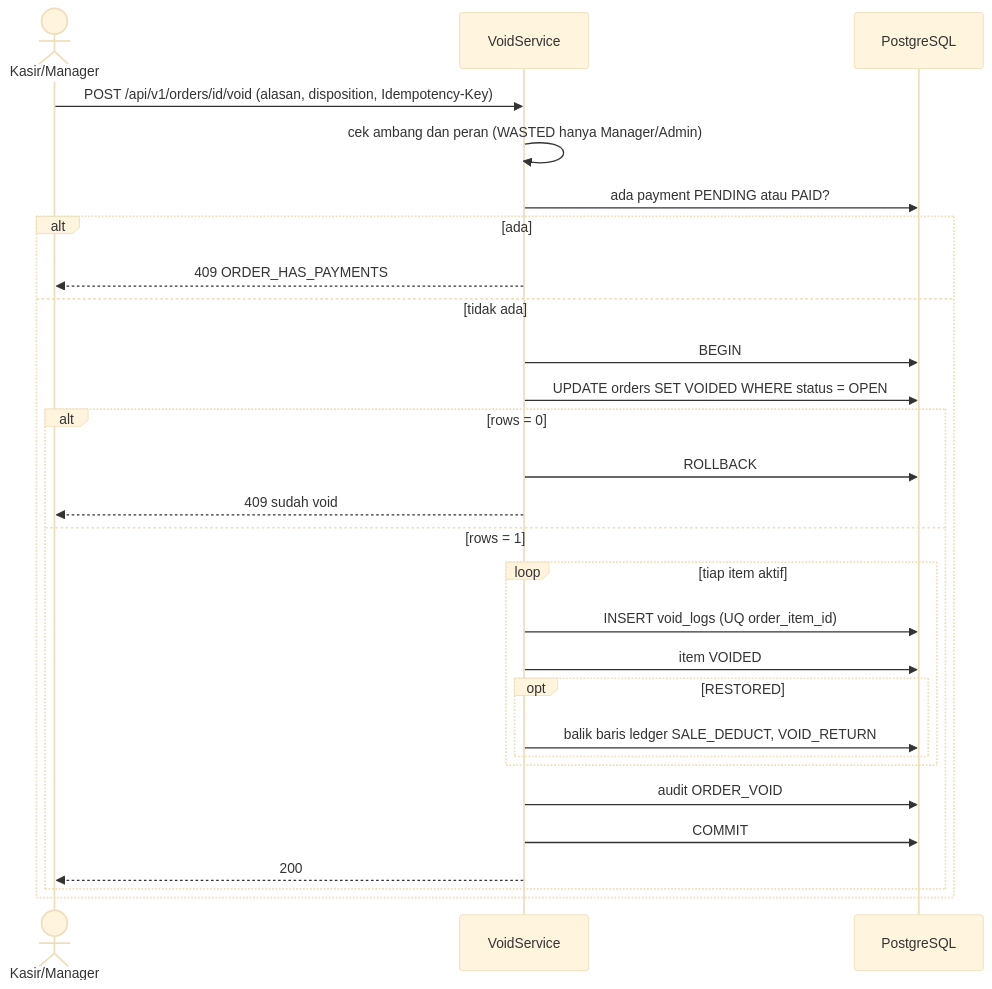
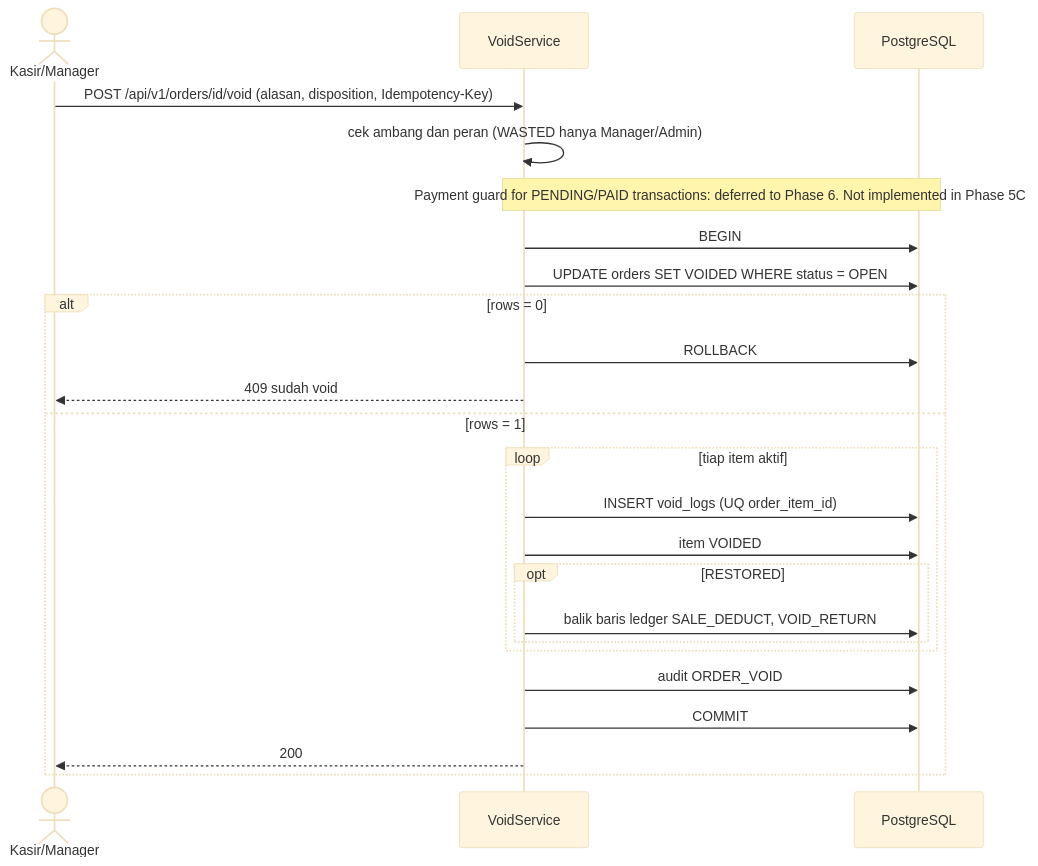
The seventh of 18 diagrams in docs/UML.md (ranggautama47/nightvenue-backend), drawn with Mermaid (base theme) before and after one commit. The commit also changed other lines of this file and 7 other files, not shown here.

````diff
--- a/docs/UML.md
+++ b/docs/UML.md
@@ -376,31 +376,27 @@
 ```mermaid
 sequenceDiagram
     actor K as Kasir/Manager
     participant V as VoidService
     participant D as PostgreSQL
 
     K->>V: POST /api/v1/orders/id/void (alasan, disposition, Idempotency-Key)
     V->>V: cek ambang dan peran (WASTED hanya Manager/Admin)
-    V->>D: ada payment PENDING atau PAID?
-    alt ada
-        V-->>K: 409 ORDER_HAS_PAYMENTS
-    else tidak ada
-        V->>D: BEGIN
-        V->>D: UPDATE orders SET VOIDED WHERE status = OPEN
-        alt rows = 0
-            V->>D: ROLLBACK
-            V-->>K: 409 sudah void
-        else rows = 1
-            loop tiap item aktif
-                V->>D: INSERT void_logs (UQ order_item_id)
-                V->>D: item VOIDED
-                opt RESTORED
-                    V->>D: balik baris ledger SALE_DEDUCT, VOID_RETURN
-                end
+    Note over V,D: Payment guard for PENDING/PAID transactions: deferred to Phase 6. Not implemented in Phase 5C.
+    V->>D: BEGIN
+    V->>D: UPDATE orders SET VOIDED WHERE status = OPEN
+    alt rows = 0
+        V->>D: ROLLBACK
+        V-->>K: 409 sudah void
+    else rows = 1
+        loop tiap item aktif
+            V->>D: INSERT void_logs (UQ order_item_id)
+            V->>D: item VOIDED
+            opt RESTORED
+                V->>D: balik baris ledger SALE_DEDUCT, VOID_RETURN
             end
-            V->>D: audit ORDER_VOID
-            V->>D: COMMIT
-            V-->>K: 200
         end
+        V->>D: audit ORDER_VOID
+        V->>D: COMMIT
+        V-->>K: 200
     end
 ```
````
